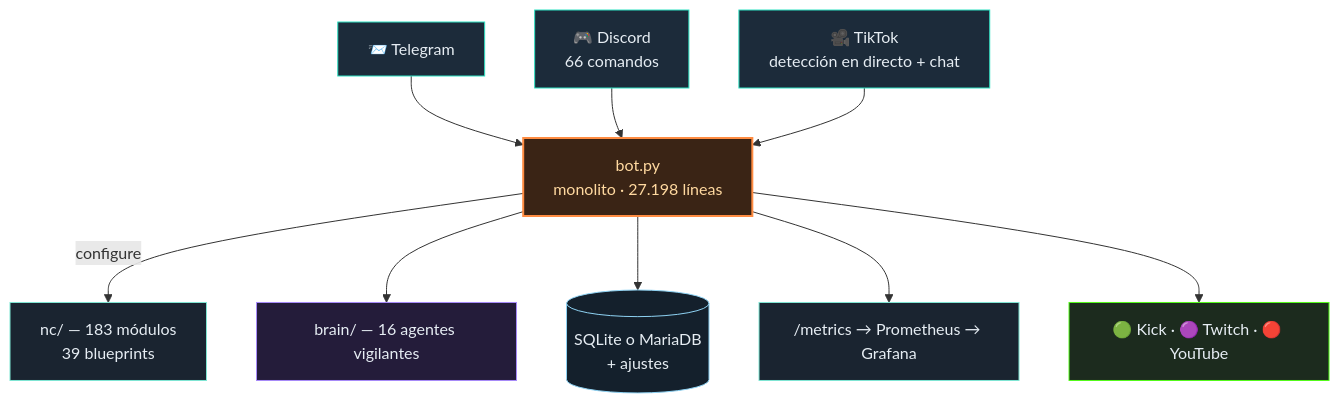
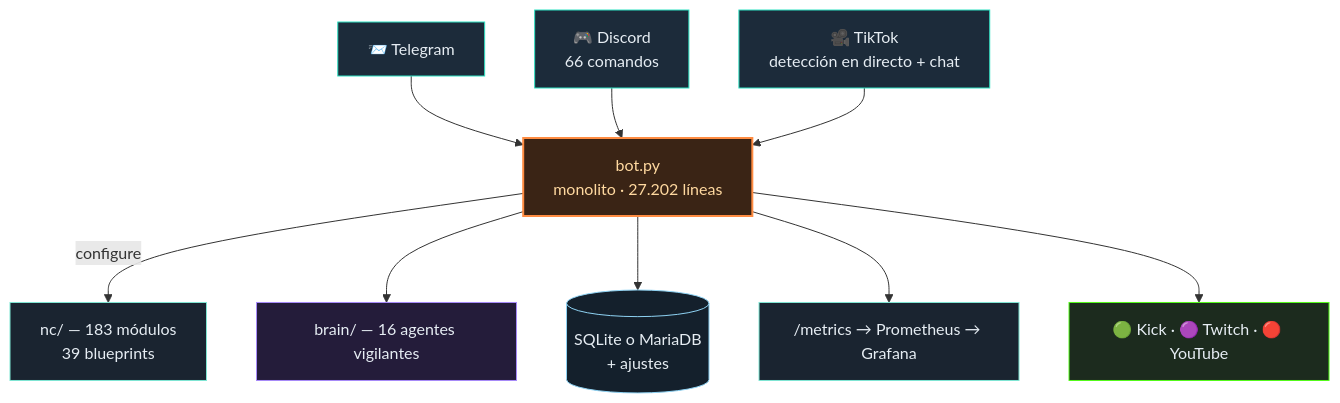
One commit to itsamemedev/Telegram-Stream-Info-Bot changed the diagram in README.es.md. Above: the diagram before and after it, drawn with Mermaid. The commit also changed 7 other files, not shown here.

````diff
--- a/README.es.md
+++ b/README.es.md
@@ -64,18 +64,18 @@
 ```mermaid
 flowchart TB
     TG["📨 Telegram"]:::ein --> BOT
     DC["🎮 Discord<br/>66 comandos"]:::ein --> BOT
     TT["🎥 TikTok<br/>detección en directo + chat"]:::ein --> BOT
-    BOT["bot.py<br/>monolito · 27.198 líneas"]:::core
+    BOT["bot.py<br/>monolito · 27.202 líneas"]:::core
     BOT -->|configure| NC["nc/ — 183 módulos<br/>39 blueprints"]:::lib
     BOT --> BRAIN["brain/ — 16 agentes vigilantes"]:::brain
     BOT --> DB[("SQLite o MariaDB<br/>+ ajustes")]:::db
     BOT --> PROM["/metrics → Prometheus → Grafana"]:::lib
     BOT --> OUT["🟢 Kick · 🟣 Twitch · 🔴 YouTube"]:::out
     classDef ein fill:#1c2b3a,stroke:#2de1c2,color:#e6edf3
     classDef core fill:#3a2415,stroke:#ff8c42,stroke-width:2px,color:#ffd9a0
     classDef lib fill:#1a2430,stroke:#7fe7d4,color:#e6edf3
     classDef brain fill:#241c3a,stroke:#a78bfa,color:#e6edf3
     classDef db fill:#14202c,stroke:#8fd3f4,color:#e6edf3
     classDef out fill:#1c2b1e,stroke:#53fc18,color:#e6edf3
 ```
````
